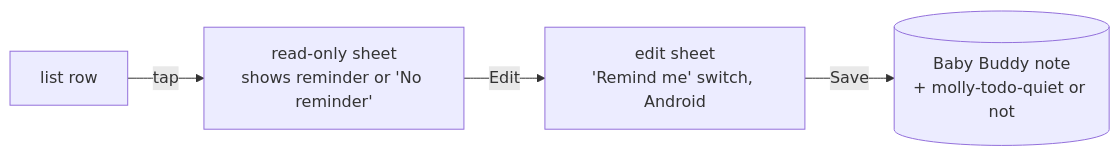
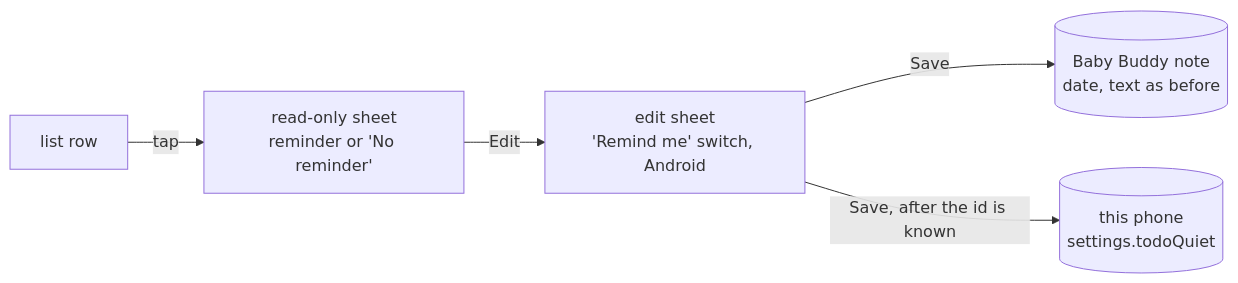
One commit to alfredskeden/molly changed the first of 3 diagrams in plans/implan-todo-quiet/MENTAL_MODEL.md. Above: the diagram before and after it, drawn with Mermaid. The commit also changed other lines of this file and 4 other files, not shown here.

First line of the commit message:
Plan #36: per-phone quiet setting instead of a shared tag

````diff
--- a/plans/implan-todo-quiet/MENTAL_MODEL.md
+++ b/plans/implan-todo-quiet/MENTAL_MODEL.md
@@ -9,6 +9,7 @@
 ```mermaid
 flowchart LR
-  L[list row] -->|tap| V[read-only sheet<br/>shows reminder or 'No reminder']
+  L[list row] -->|tap| V[read-only sheet<br/>reminder or 'No reminder']
   V -->|Edit| S[edit sheet<br/>'Remind me' switch, Android]
-  S -->|Save| BB[(Baby Buddy note<br/>+ molly-todo-quiet or not)]
+  S -->|Save| BB[(Baby Buddy note<br/>date, text as before)]
+  S -->|Save, after the id is known| Q[(this phone<br/>settings.todoQuiet)]
 ```
````
